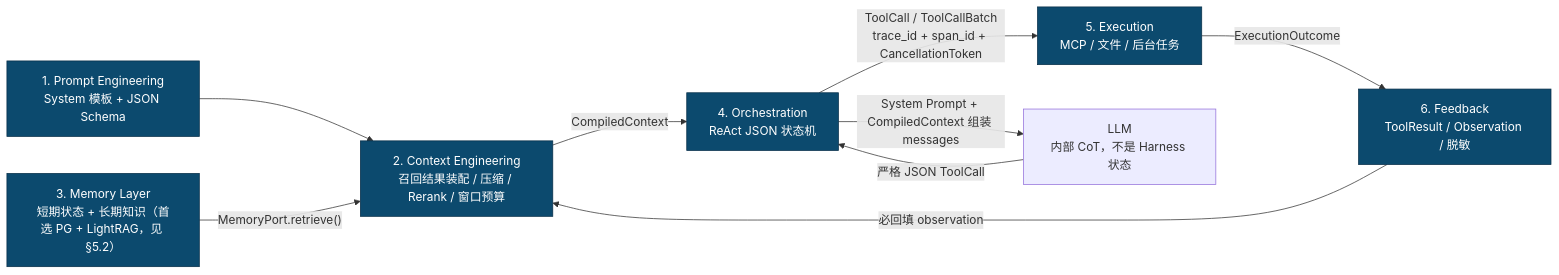
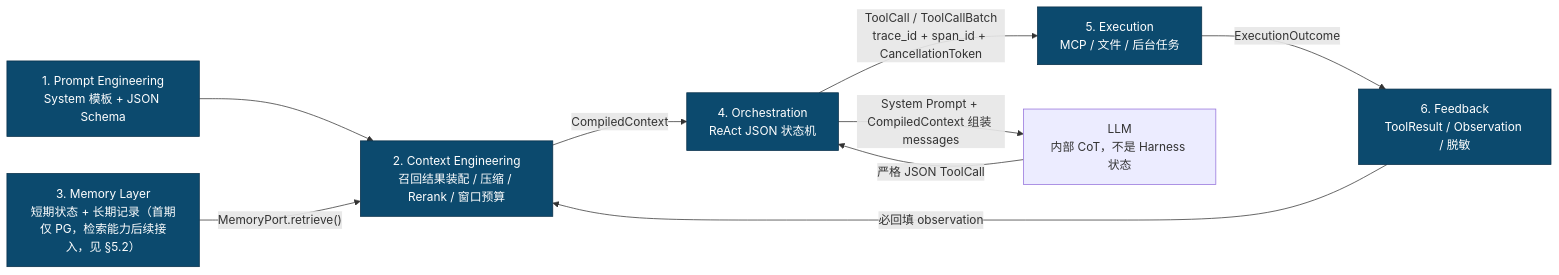
The first of 2 diagrams in docs/AI测试与评估平台-Harness六层ReAct核心架构设计.md (Rue1218/ai-eval-platform), drawn with Mermaid before and after one commit. The commit also changed other lines of this file, not shown here.

Commit message:
docs(agent): 记忆层对齐现状——首期仅PostgreSQL，LightRAG暂不接入

````diff
--- a/docs/AI测试与评估平台-Harness六层ReAct核心架构设计.md
+++ b/docs/AI测试与评估平台-Harness六层ReAct核心架构设计.md
@@ -35,14 +35,14 @@
 ```mermaid
 flowchart LR
     P["1. Prompt Engineering\nSystem 模板 + JSON Schema"] --> C["2. Context Engineering\n召回结果装配 / 压缩 / Rerank / 窗口预算"]
-    M["3. Memory Layer\n短期状态 + 长期知识（首选 PG + LightRAG，见 §5.2）"] -->|"MemoryPort.retrieve()"| C
+    M["3. Memory Layer\n短期状态 + 长期记录（首期仅 PG，检索能力后续接入，见 §5.2）"] -->|"MemoryPort.retrieve()"| C
     C -->|"CompiledContext"| O["4. Orchestration\nReAct JSON 状态机"]
     O -->|"ToolCall / ToolCallBatch\ntrace_id + span_id + CancellationToken"| X["5. Execution\nMCP / 文件 / 后台任务"]
     X -->|"ExecutionOutcome"| F["6. Feedback\nToolResult / Observation / 脱敏"]
     F -->|"必回填 observation"| C
     O -->|"System Prompt + CompiledContext 组装 messages"| L["LLM\n内部 CoT，不是 Harness 状态"]
     L -->|"严格 JSON ToolCall"| O
 
     classDef layer fill:#0c4a6e,color:#fff,stroke:#082f49;
     class P,C,M,O,X,F layer;
 ```
````
